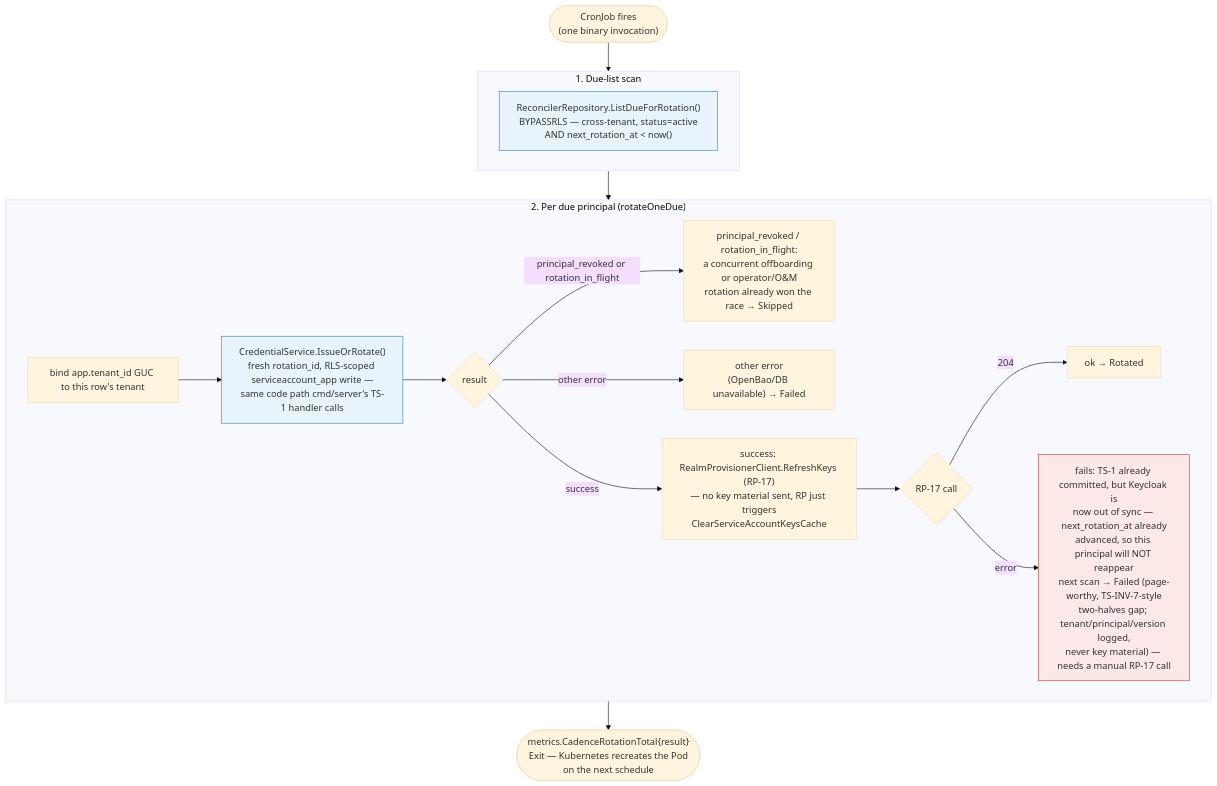
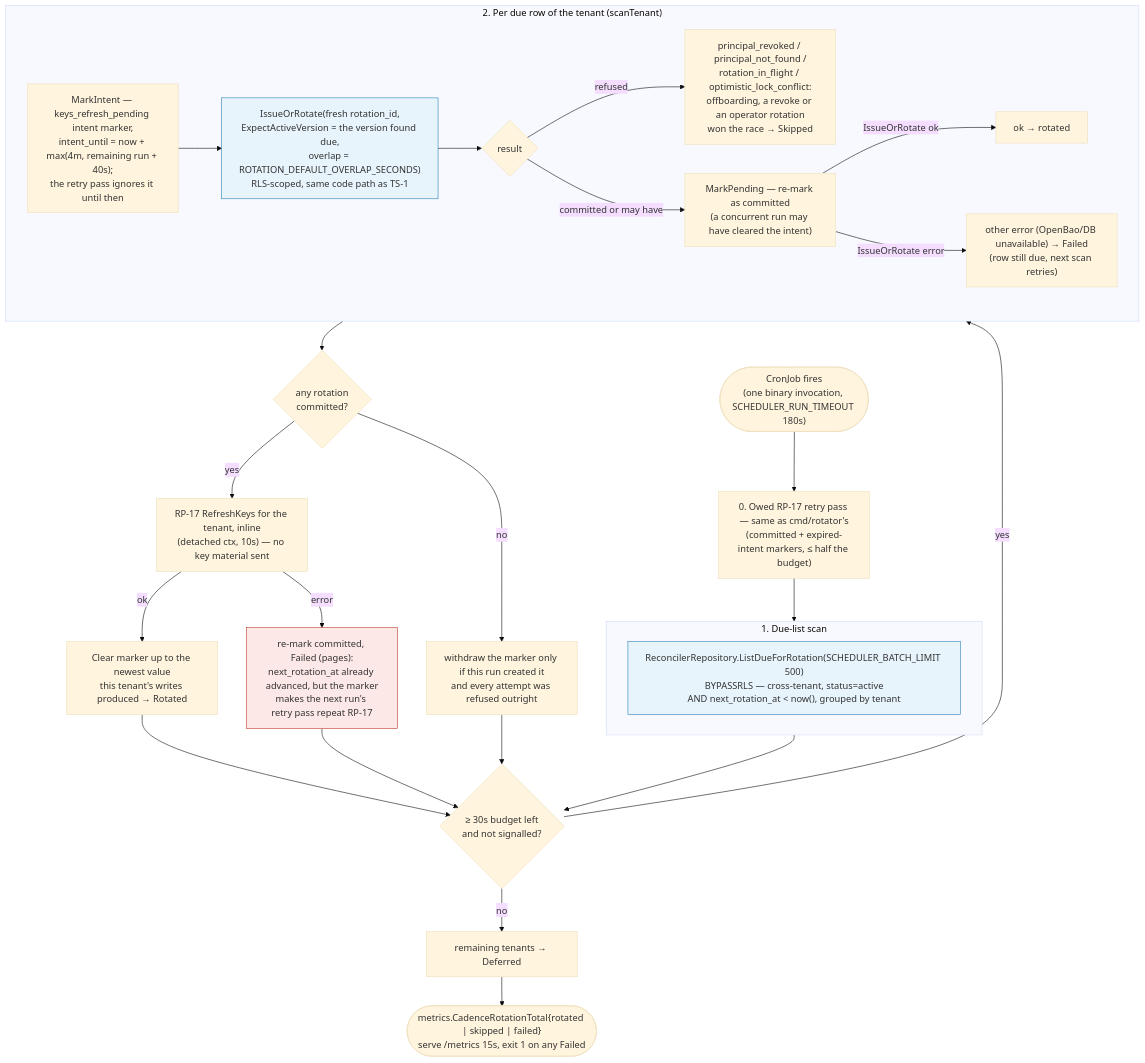
One commit to BCBP-SOLUTIONS-FZC-LLC/iam-token-service changed the diagram in docs/architecture/mermaid/cadence-scheduler-flow.mmd. Above: the diagram before and after it, drawn with Mermaid (base theme). The commit also changed 234 other files, not shown here.

```diff
--- a/docs/architecture/mermaid/cadence-scheduler-flow.mmd
+++ b/docs/architecture/mermaid/cadence-scheduler-flow.mmd
@@ -1,39 +1,49 @@
 %% cmd/scheduler — run-to-completion CronJob (§16 TSQ-6 Resolved, TS-D14).
 %% Connects as serviceaccount_reconciler (BYPASSRLS, SELECT-only) for its
 %% own cross-tenant due-list scan, exactly like cmd/rotator (§4.3/RLS-7) —
 %% but, unlike cmd/rotator, every actual write goes through
 %% CredentialService.IssueOrRotate (the `service` layer), the same call
-%% cmd/server's TS-1 HTTP handler makes.
+%% cmd/server's TS-1 HTTP handler makes. keys_refresh_pending intent and
+%% committed markers make a failed RP-17 retryable (TS-D22/23).
 flowchart TD
-    START(["CronJob fires<br/>(one binary invocation)"])
-    START --> SCAN
+    START(["CronJob fires<br/>(one binary invocation, SCHEDULER_RUN_TIMEOUT 180s)"])
+    START --> RETRY["0. Owed RP-17 retry pass — same as cmd/rotator's<br/>(committed + expired-intent markers, ≤ half the budget)"]
+    RETRY --> SCAN
 
     subgraph SCAN["1. Due-list scan"]
-        L1["ReconcilerRepository.ListDueForRotation()<br/>BYPASSRLS — cross-tenant, status=active<br/>AND next_rotation_at < now()"]
+        L1["ReconcilerRepository.ListDueForRotation(SCHEDULER_BATCH_LIMIT 500)<br/>BYPASSRLS — cross-tenant, status=active<br/>AND next_rotation_at < now(), grouped by tenant"]
     end
 
-    SCAN --> LOOP
+    SCAN --> GATE{"≥ 30s budget left<br/>and not signalled?"}
+    GATE -->|no| DEFER["remaining tenants → Deferred"]
+    GATE -->|yes| LOOP
 
-    subgraph LOOP["2. Per due principal (rotateOneDue)"]
-        C1["bind app.tenant_id GUC to this row's tenant"]
-        C2["CredentialService.IssueOrRotate()<br/>fresh rotation_id, RLS-scoped serviceaccount_app write —<br/>same code path cmd/server's TS-1 handler calls"]
+    subgraph LOOP["2. Per due row of the tenant (scanTenant)"]
+        C1["MarkIntent — keys_refresh_pending intent marker,<br/>intent_until = now + max(4m, remaining run + 40s);<br/>the retry pass ignores it until then"]
+        C2["IssueOrRotate(fresh rotation_id,<br/>ExpectActiveVersion = the version found due,<br/>overlap = ROTATION_DEFAULT_OVERLAP_SECONDS)<br/>RLS-scoped, same code path as TS-1"]
         C3{"result"}
-        C4["principal_revoked / rotation_in_flight:<br/>a concurrent offboarding or operator/O&amp;M<br/>rotation already won the race → Skipped"]
-        C5["other error<br/>(OpenBao/DB unavailable) → Failed"]
-        C6["success: RealmProvisionerClient.RefreshKeys (RP-17)<br/>— no key material sent, RP just triggers<br/>ClearServiceAccountKeysCache"]
-        C7{"RP-17 call"}
-        C8["ok → Rotated"]
-        C9["fails: TS-1 already committed, but Keycloak is<br/>now out of sync — next_rotation_at already<br/>advanced, so this principal will NOT reappear<br/>next scan → Failed (page-worthy, TS-INV-7-style<br/>two-halves gap; tenant/principal/version logged,<br/>never key material) — needs a manual RP-17 call"]
+        C4["principal_revoked / principal_not_found /<br/>rotation_in_flight / optimistic_lock_conflict:<br/>offboarding, a revoke or an operator rotation<br/>won the race → Skipped"]
+        C5["MarkPending — re-mark as committed<br/>(a concurrent run may have cleared the intent)"]
+        C6["ok → rotated"]
+        C7["other error (OpenBao/DB unavailable) → Failed<br/>(row still due, next scan retries)"]
         C1 --> C2 --> C3
-        C3 -->|principal_revoked or rotation_in_flight| C4
-        C3 -->|other error| C5
-        C3 -->|success| C6 --> C7
-        C7 -->|204| C8
-        C7 -->|error| C9
+        C3 -->|refused| C4
+        C3 -->|committed or may have| C5
+        C5 -->|IssueOrRotate ok| C6
+        C5 -->|IssueOrRotate error| C7
     end
 
-    LOOP --> DONE(["metrics.CadenceRotationTotal{result}<br/>Exit — Kubernetes recreates the Pod<br/>on the next schedule"])
+    LOOP --> AFTER{"any rotation<br/>committed?"}
+    AFTER -->|no| WITHDRAW["withdraw the marker only if this run created it<br/>and every attempt was refused outright"]
+    AFTER -->|yes| RP["RP-17 RefreshKeys for the tenant, inline<br/>(detached ctx, 10s) — no key material sent"]
+    RP -->|ok| CLEAR["Clear marker up to the newest value<br/>this tenant's writes produced → Rotated"]
+    RP -->|error| GAP["re-mark committed, Failed (pages):<br/>next_rotation_at already advanced, but the marker<br/>makes the next run's retry pass repeat RP-17"]
+    CLEAR --> GATE
+    GAP --> GATE
+    WITHDRAW --> GATE
+
+    DEFER --> DONE(["metrics.CadenceRotationTotal{rotated | skipped | failed}<br/>serve /metrics 15s, exit 1 on any Failed"])
 
     style L1 fill:#e8f4fc,stroke:#2980b9
     style C2 fill:#e8f4fc,stroke:#2980b9
-    style C9 fill:#fce8e6,stroke:#c0392b
+    style GAP fill:#fce8e6,stroke:#c0392b
```
